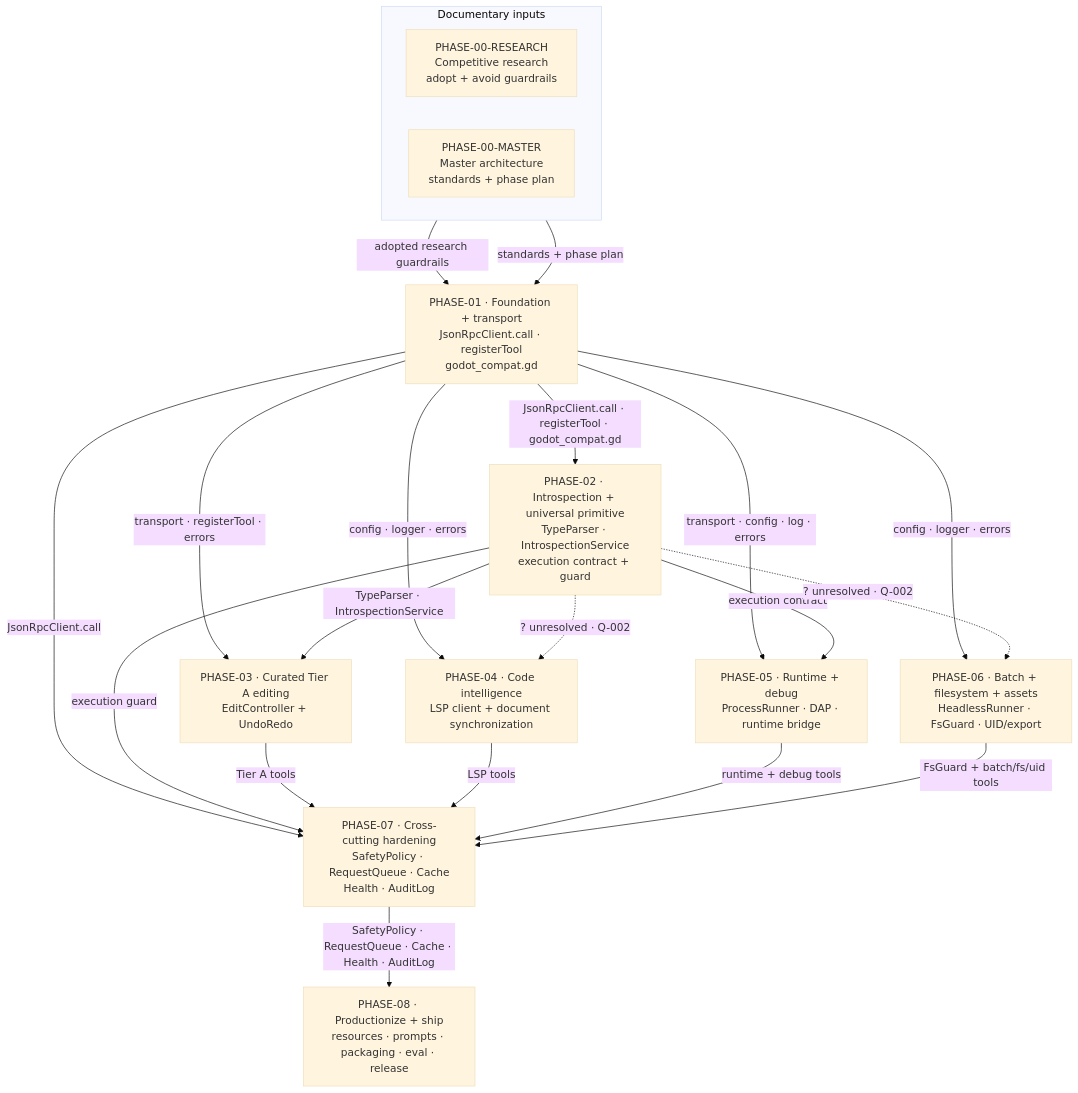
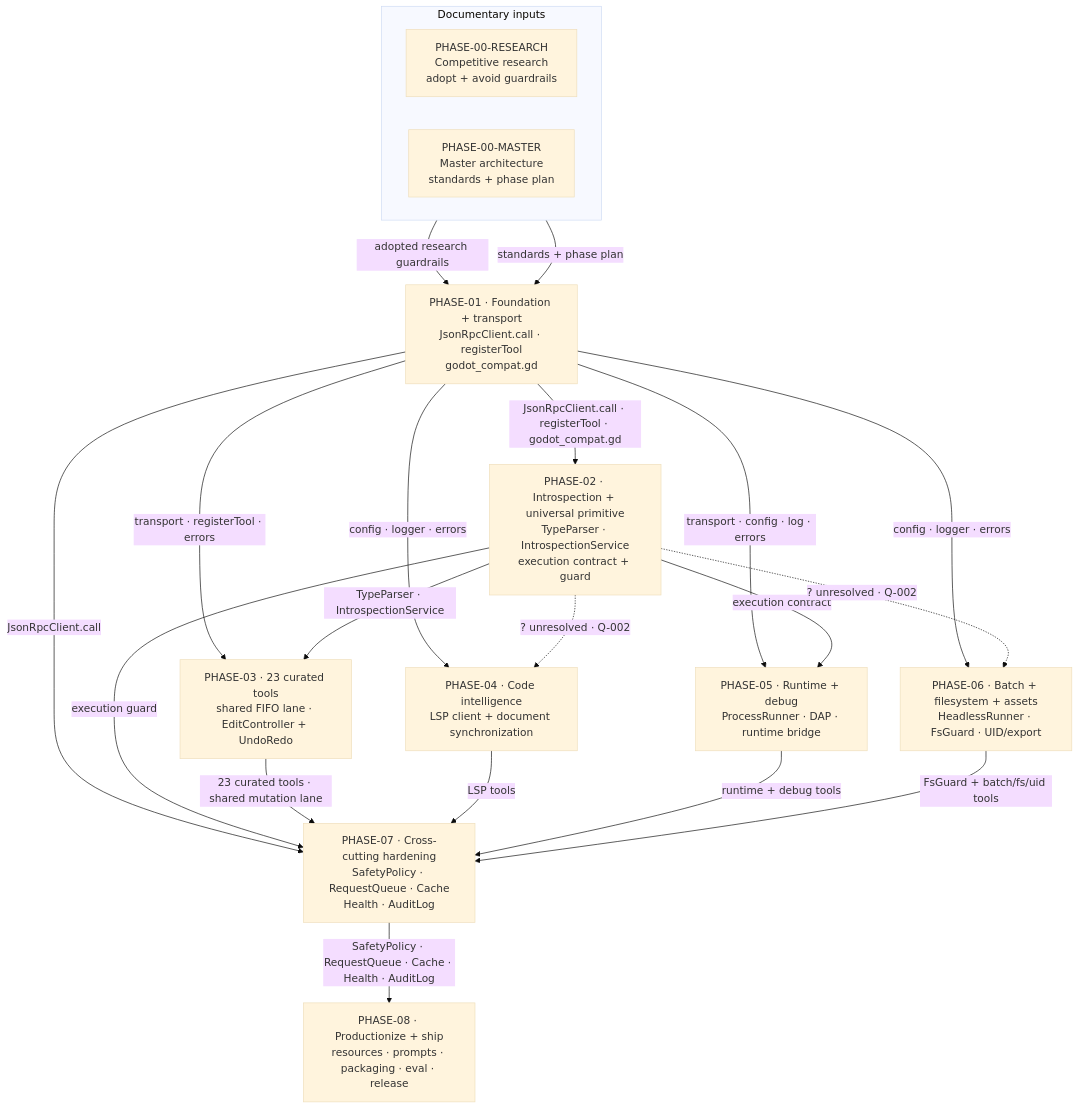
The diagram in docs/architecture/03-phase-dependencies.md (9thLevelSoftware/robogodot), drawn with Mermaid (base theme) before and after one commit. The commit also changed 20 other files, not shown here.

Commit message:
feat: complete phase 3 curated editor tier

````diff
--- a/docs/architecture/03-phase-dependencies.md
+++ b/docs/architecture/03-phase-dependencies.md
@@ -16,72 +16,72 @@
 ```mermaid
 flowchart TB
   accTitle: Godot Control MCP phase dependencies and interface handoffs
   accDescr: Competitive research and the master architecture feed Phase 1. Phase 1 feeds the Phase 2 spine and Phases 3 through 7. Phases 3 through 6 form a parallel work row, with unresolved dotted Phase 2 prerequisites for Phases 4 and 6. Phases 1 through 6 converge on Phase 7, which feeds Phase 8.
 
   subgraph DOCUMENTARY_INPUTS["Documentary inputs"]
     direction LR
     %% atlas-node: PHASE-00-RESEARCH
     PHASE_00_RESEARCH["PHASE-00-RESEARCH<br/>Competitive research<br/>adopt + avoid guardrails"]
     %% atlas-node: PHASE-00-MASTER
     PHASE_00_MASTER["PHASE-00-MASTER<br/>Master architecture<br/>standards + phase plan"]
   end
 
   %% atlas-node: PHASE-01
   PHASE_01["PHASE-01 · Foundation + transport<br/>JsonRpcClient.call · registerTool<br/>godot_compat.gd"]
 
   %% atlas-node: PHASE-02
   PHASE_02["PHASE-02 · Introspection + universal primitive<br/>TypeParser · IntrospectionService<br/>execution contract + guard"]
 
   %% Phases 3–6 share the same dependency depth so Dagre keeps them on one rank.
   %% atlas-node: PHASE-03
-  PHASE_03["PHASE-03 · Curated Tier A editing<br/>EditController + UndoRedo"]
+  PHASE_03["PHASE-03 · 23 curated tools<br/>shared FIFO lane · EditController + UndoRedo"]
   %% atlas-node: PHASE-04
   PHASE_04["PHASE-04 · Code intelligence<br/>LSP client + document synchronization"]
   %% atlas-node: PHASE-05
   PHASE_05["PHASE-05 · Runtime + debug<br/>ProcessRunner · DAP · runtime bridge"]
   %% atlas-node: PHASE-06
   PHASE_06["PHASE-06 · Batch + filesystem + assets<br/>HeadlessRunner · FsGuard · UID/export"]
 
   %% atlas-node: PHASE-07
   PHASE_07["PHASE-07 · Cross-cutting hardening<br/>SafetyPolicy · RequestQueue · Cache<br/>Health · AuditLog"]
 
   %% atlas-node: PHASE-08
   PHASE_08["PHASE-08 · Productionize + ship<br/>resources · prompts · packaging · eval · release"]
 
   %% atlas-flow: FLOW-PH-001
   PHASE_00_RESEARCH -->|"adopted research guardrails"| PHASE_01
   %% atlas-flow: FLOW-PH-002
   PHASE_00_MASTER -->|"standards + phase plan"| PHASE_01
   %% atlas-flow: FLOW-PH-003
   PHASE_01 -->|"JsonRpcClient.call · registerTool · godot_compat.gd"| PHASE_02
   %% atlas-flow: FLOW-PH-004
   PHASE_01 -->|"transport · registerTool · errors"| PHASE_03
   %% atlas-flow: FLOW-PH-005
   PHASE_02 -->|"TypeParser · IntrospectionService"| PHASE_03
   %% atlas-flow: FLOW-PH-006
   PHASE_01 -->|"config · logger · errors"| PHASE_04
   %% atlas-flow: FLOW-PH-007
   PHASE_02 -.->|"? unresolved · Q-002"| PHASE_04
   %% atlas-flow: FLOW-PH-008
   PHASE_01 -->|"transport · config · log · errors"| PHASE_05
   %% atlas-flow: FLOW-PH-009
   PHASE_02 -->|"execution contract"| PHASE_05
   %% atlas-flow: FLOW-PH-010
   PHASE_01 -->|"config · logger · errors"| PHASE_06
   %% atlas-flow: FLOW-PH-011
   PHASE_02 -.->|"? unresolved · Q-002"| PHASE_06
   %% atlas-flow: FLOW-PH-012
   PHASE_01 -->|"JsonRpcClient.call"| PHASE_07
   %% atlas-flow: FLOW-PH-013
   PHASE_02 -->|"execution guard"| PHASE_07
   %% atlas-flow: FLOW-PH-014
-  PHASE_03 -->|"Tier A tools"| PHASE_07
+  PHASE_03 -->|"23 curated tools · shared mutation lane"| PHASE_07
   %% atlas-flow: FLOW-PH-015
   PHASE_04 -->|"LSP tools"| PHASE_07
   %% atlas-flow: FLOW-PH-016
   PHASE_05 -->|"runtime + debug tools"| PHASE_07
   %% atlas-flow: FLOW-PH-017
   PHASE_06 -->|"FsGuard + batch/fs/uid tools"| PHASE_07
   %% atlas-flow: FLOW-PH-018
   PHASE_07 -->|"SafetyPolicy · RequestQueue · Cache · Health · AuditLog"| PHASE_08
 ```
````
